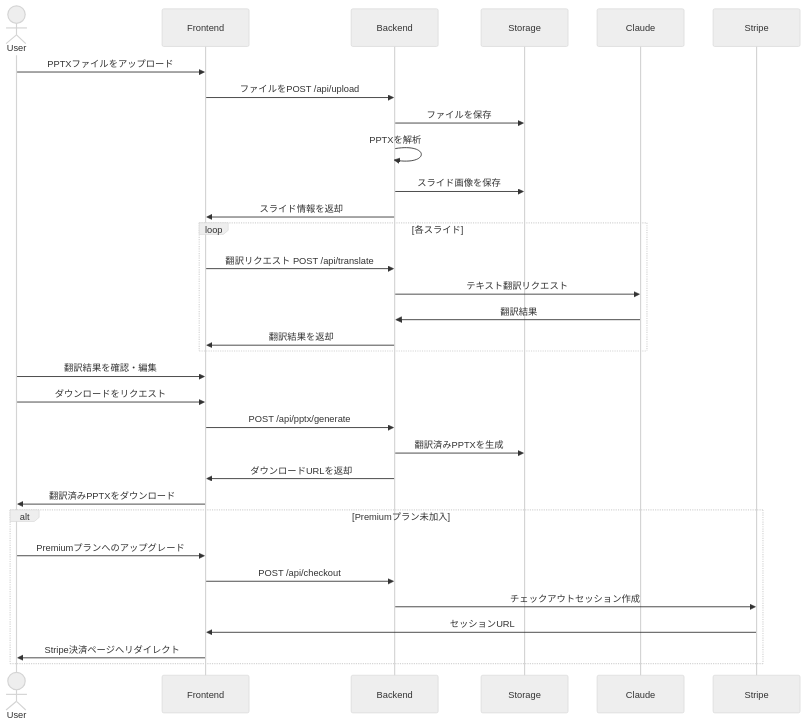
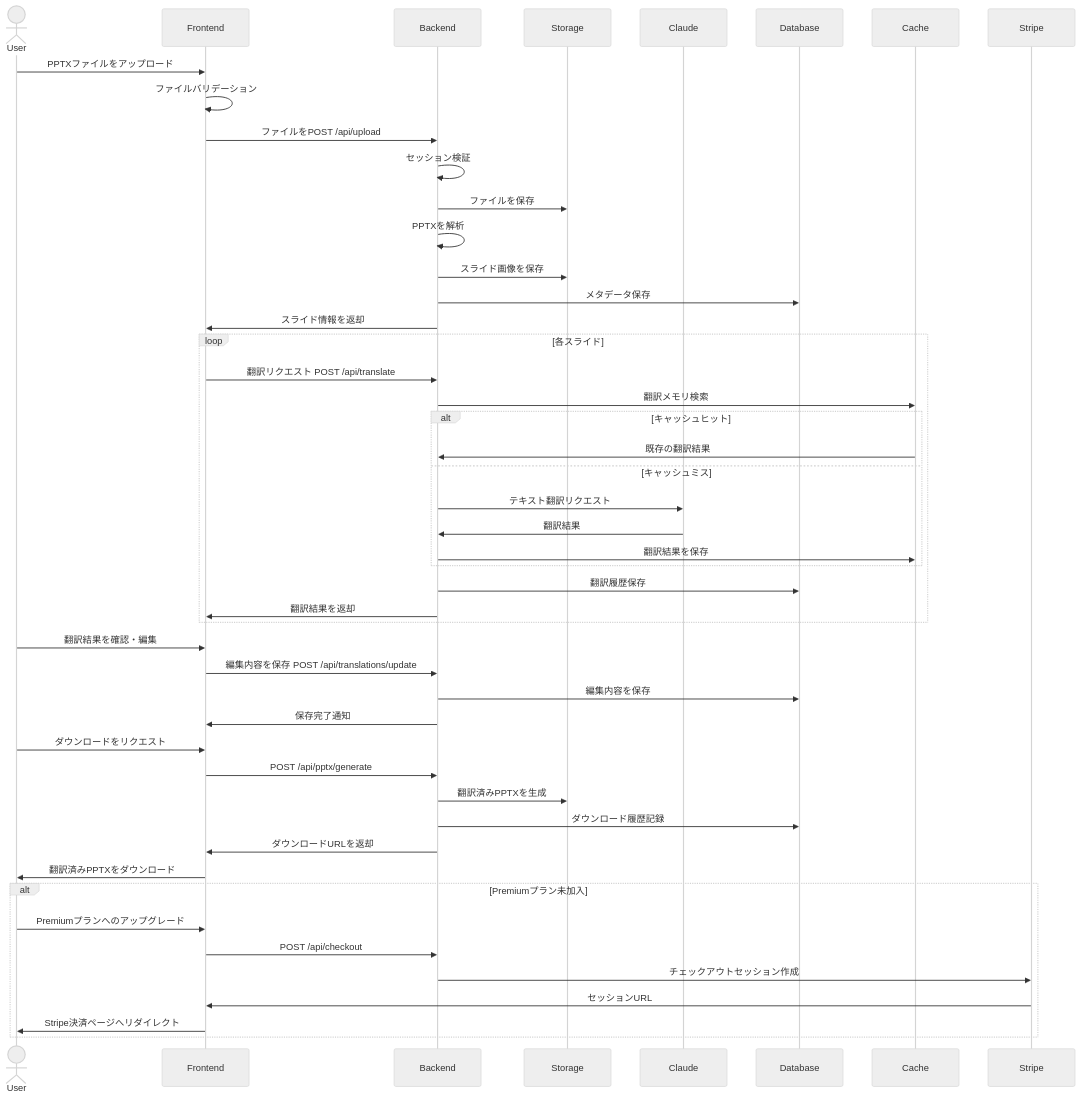
The first of 6 diagrams in Docs/sequence.md (YusukeTsunoda/ppttranslatorapp), drawn with Mermaid (neutral theme) before and after one commit. The commit also changed other lines of this file and 44 other files, not shown here.

````diff
--- a/Docs/sequence.md
+++ b/Docs/sequence.md
@@ -5,38 +5,54 @@
 ```mermaid
 sequenceDiagram
     actor User
     participant Frontend
     participant Backend
     participant Storage
     participant Claude
-    participant Stripe
+    participant Database
+    participant Cache
 
     User->>Frontend: PPTXファイルをアップロード
+    Frontend->>Frontend: ファイルバリデーション
     Frontend->>Backend: ファイルをPOST /api/upload
+    Backend->>Backend: セッション検証
     Backend->>Storage: ファイルを保存
     Backend->>Backend: PPTXを解析
     Backend->>Storage: スライド画像を保存
+    Backend->>Database: メタデータ保存
     Backend->>Frontend: スライド情報を返却
 
     loop 各スライド
         Frontend->>Backend: 翻訳リクエスト POST /api/translate
-        Backend->>Claude: テキスト翻訳リクエスト
-        Claude->>Backend: 翻訳結果
+        Backend->>Cache: 翻訳メモリ検索
+        alt キャッシュヒット
+            Cache->>Backend: 既存の翻訳結果
+        else キャッシュミス
+            Backend->>Claude: テキスト翻訳リクエスト
+            Claude->>Backend: 翻訳結果
+            Backend->>Cache: 翻訳結果を保存
+        end
+        Backend->>Database: 翻訳履歴保存
         Backend->>Frontend: 翻訳結果を返却
     end
 
     User->>Frontend: 翻訳結果を確認・編集
+    Frontend->>Backend: 編集内容を保存 POST /api/translations/update
+    Backend->>Database: 編集内容を保存
+    Backend->>Frontend: 保存完了通知
+
     User->>Frontend: ダウンロードをリクエスト
     Frontend->>Backend: POST /api/pptx/generate
     Backend->>Storage: 翻訳済みPPTXを生成
+    Backend->>Database: ダウンロード履歴記録
     Backend->>Frontend: ダウンロードURLを返却
     Frontend->>User: 翻訳済みPPTXをダウンロード
 
     alt Premiumプラン未加入
         User->>Frontend: Premiumプランへのアップグレード
         Frontend->>Backend: POST /api/checkout
         Backend->>Stripe: チェックアウトセッション作成
         Stripe->>Frontend: セッションURL
         Frontend->>User: Stripe決済ページへリダイレクト
     end
 ```
````
